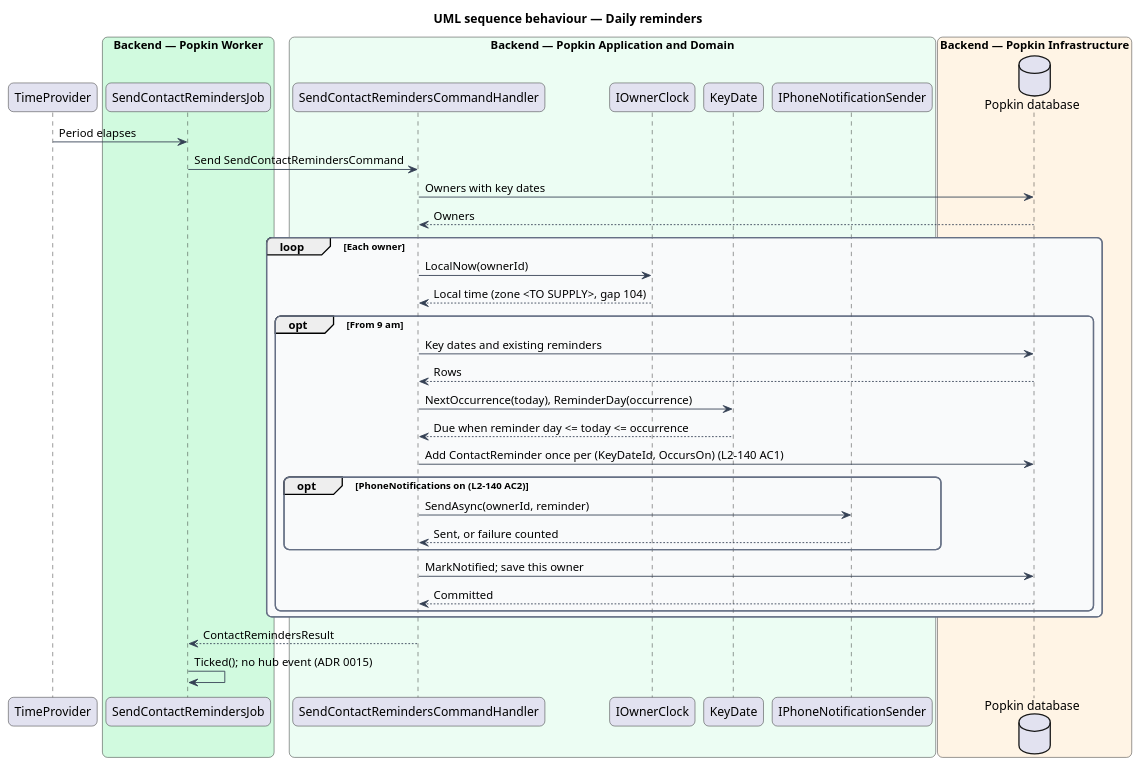
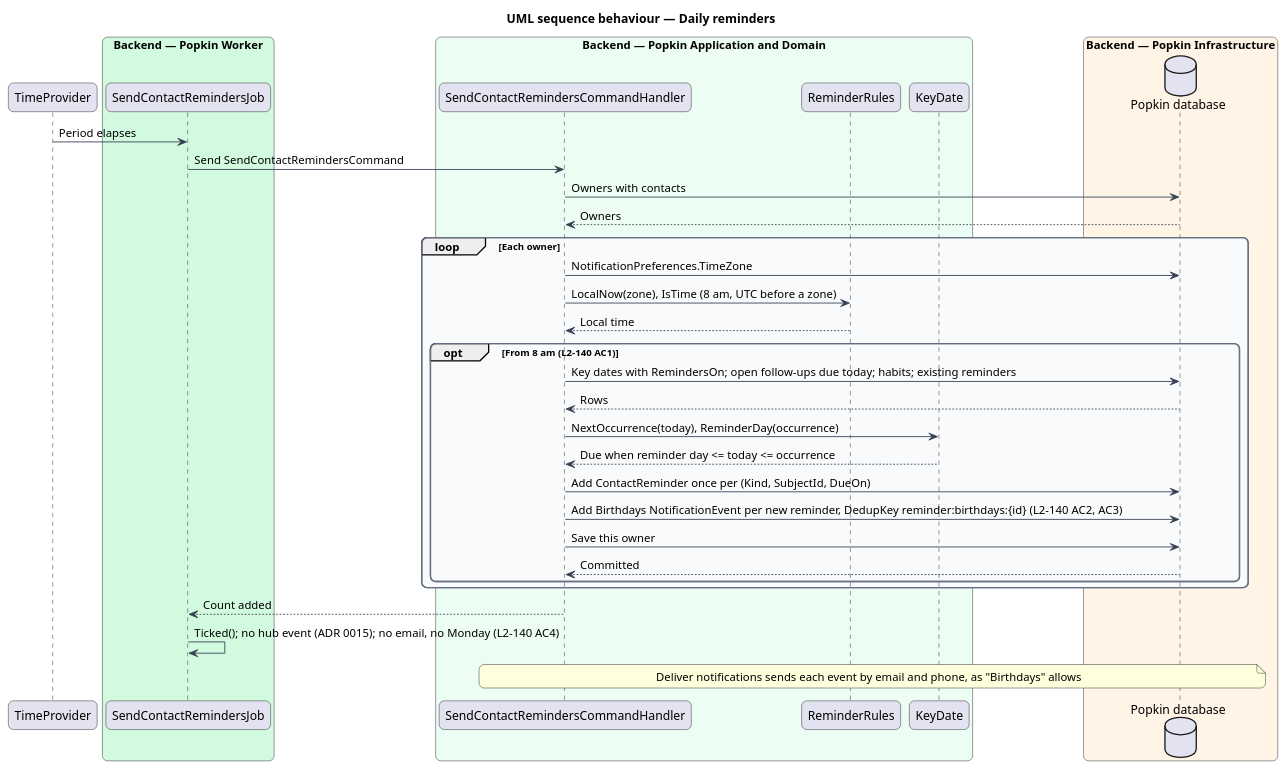
One commit to QuinntyneBrown/popkin changed the diagram in docs/detailed-designs/contacts/reminders/diagrams/sequence-daily-reminders.puml. Above: the diagram before and after it, drawn with PlantUML. The commit also changed 186 other files, not shown here.

```diff
--- a/docs/detailed-designs/contacts/reminders/diagrams/sequence-daily-reminders.puml
+++ b/docs/detailed-designs/contacts/reminders/diagrams/sequence-daily-reminders.puml
@@ -1,53 +1,51 @@
 @startuml
 title UML sequence behaviour — Daily reminders
 skinparam backgroundColor #FFFFFF
 skinparam shadowing false
 skinparam roundcorner 12
 skinparam defaultFontName Arial
 skinparam ArrowColor #344054
 skinparam rectangle {
   BorderColor #344054
   FontColor #101828
 }
 skinparam package {
   BorderColor #667085
   FontColor #101828
   BackgroundColor #F9FAFB
 }
 participant "TimeProvider" as time
 box "Backend — Popkin Worker" #D1FADF
   participant "SendContactRemindersJob" as job
 end box
 box "Backend — Popkin Application and Domain" #ECFDF3
   participant "SendContactRemindersCommandHandler" as handler
-  participant "IOwnerClock" as clock
+  participant "ReminderRules" as rules
   participant "KeyDate" as entity
-  participant "IPhoneNotificationSender" as push
 end box
 box "Backend — Popkin Infrastructure" #FFF4E5
   database "Popkin database" as db
 end box
 time -> job : Period elapses
 job -> handler : Send SendContactRemindersCommand
-handler -> db : Owners with key dates
+handler -> db : Owners with contacts
 db --> handler : Owners
 loop Each owner
-  handler -> clock : LocalNow(ownerId)
-  clock --> handler : Local time (zone <TO SUPPLY>, gap 104)
-  opt From 9 am
-    handler -> db : Key dates and existing reminders
+  handler -> db : NotificationPreferences.TimeZone
+  handler -> rules : LocalNow(zone), IsTime (8 am, UTC before a zone)
+  rules --> handler : Local time
+  opt From 8 am (L2-140 AC1)
+    handler -> db : Key dates with RemindersOn; open follow-ups due today; habits; existing reminders
     db --> handler : Rows
     handler -> entity : NextOccurrence(today), ReminderDay(occurrence)
     entity --> handler : Due when reminder day <= today <= occurrence
-    handler -> db : Add ContactReminder once per (KeyDateId, OccursOn) (L2-140 AC1)
-    opt PhoneNotifications on (L2-140 AC2)
-      handler -> push : SendAsync(ownerId, reminder)
-      push --> handler : Sent, or failure counted
-    end
-    handler -> db : MarkNotified; save this owner
+    handler -> db : Add ContactReminder once per (Kind, SubjectId, DueOn)
+    handler -> db : Add Birthdays NotificationEvent per new reminder, DedupKey reminder:birthdays:{id} (L2-140 AC2, AC3)
+    handler -> db : Save this owner
     db --> handler : Committed
   end
 end
-handler --> job : ContactRemindersResult
-job -> job : Ticked(); no hub event (ADR 0015)
+handler --> job : Count added
+job -> job : Ticked(); no hub event (ADR 0015); no email, no Monday (L2-140 AC4)
+note over handler, db : Deliver notifications sends each event by email and phone, as "Birthdays" allows
 @enduml
```
